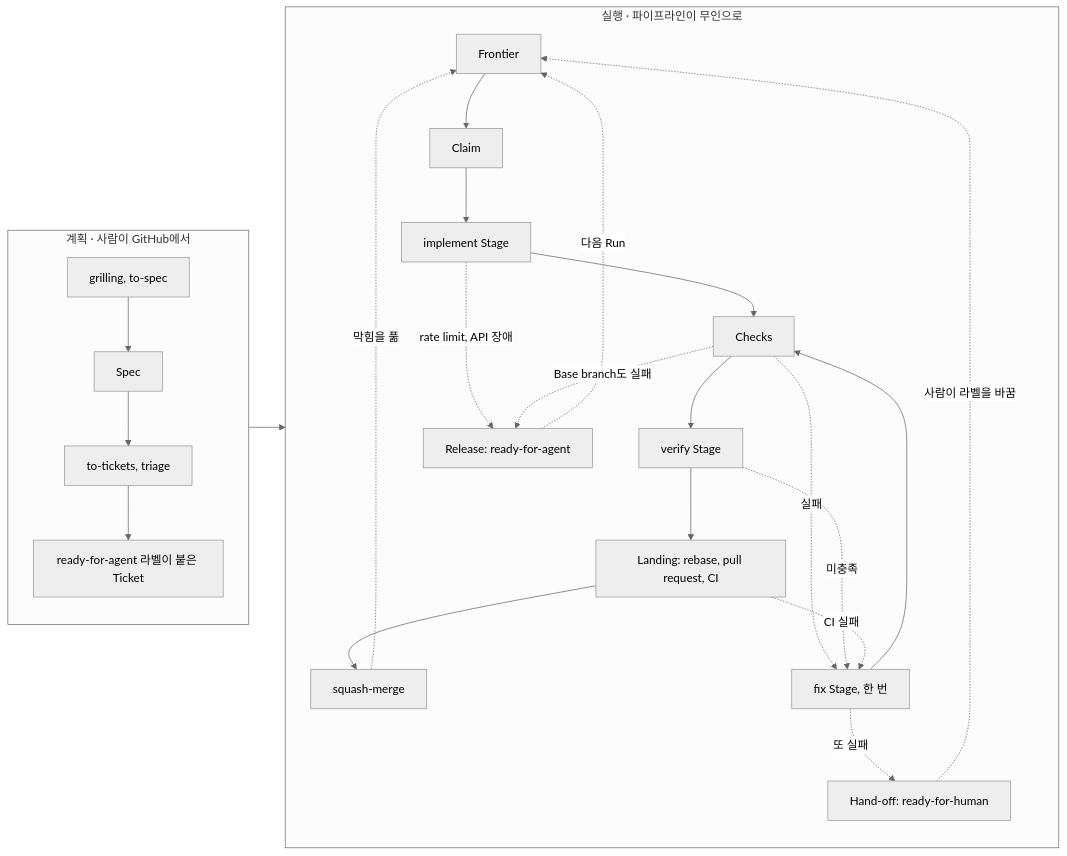
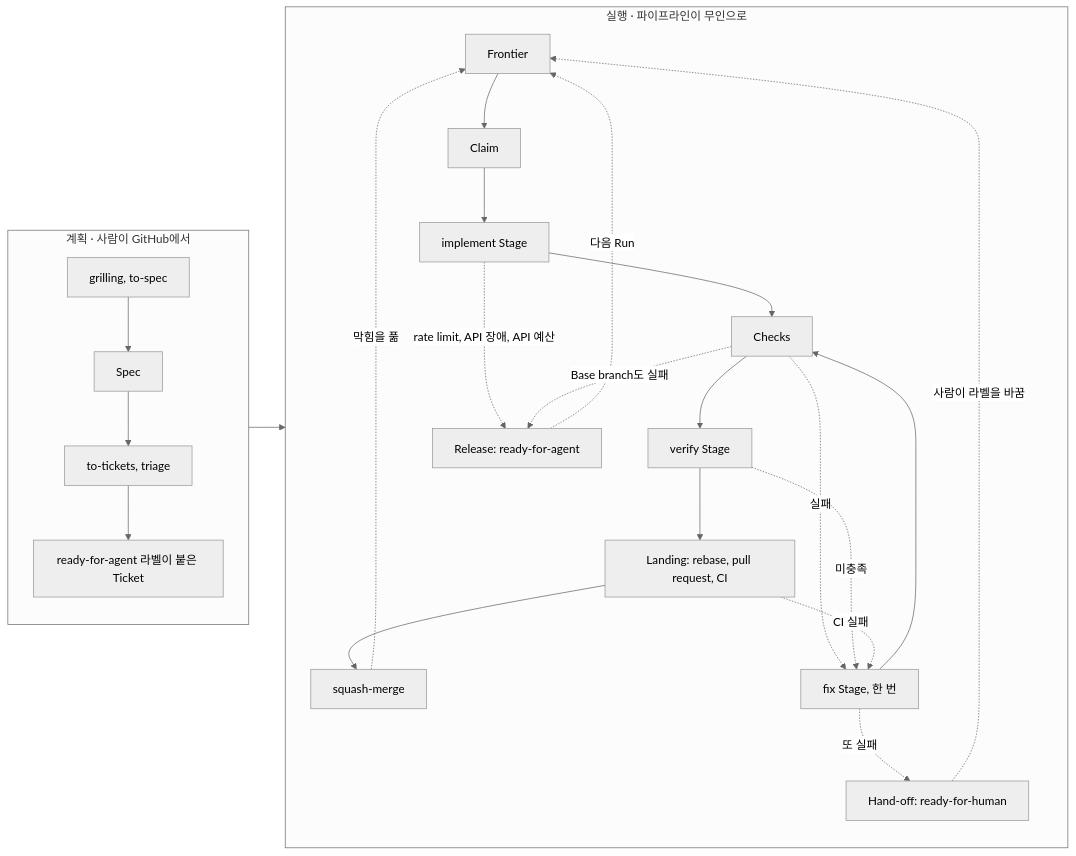
One commit to jjongs2/ticket-runner changed the diagram in wiki/ko/index.md. Above: the diagram before and after it, drawn with Mermaid (neutral theme). The commit also changed other lines of this file and 37 other files, not shown here.

````diff
--- a/wiki/ko/index.md
+++ b/wiki/ko/index.md
@@ -50,29 +50,29 @@
 ```mermaid
 flowchart LR
   subgraph Planning["계획 · 사람이 GitHub에서"]
     direction TB
     G["grilling, to-spec"] --> S[Spec]
     S --> T["to-tickets, triage"]
     T --> R["ready-for-agent 라벨이 붙은 Ticket"]
   end
   subgraph Execution["실행 · 파이프라인이 무인으로"]
     direction TB
     F[Frontier] --> C[Claim]
     C --> I[implement Stage]
     I --> K[Checks]
     K --> V[verify Stage]
     V --> L["Landing: rebase, pull request, CI"]
     L --> M[squash-merge]
     K -. 실패 .-> X["fix Stage, 한 번"]
     V -. 미충족 .-> X
     L -. CI 실패 .-> X
     X --> K
     X -. 또 실패 .-> H["Hand-off: ready-for-human"]
-    I -. rate limit, API 장애 .-> RL["Release: ready-for-agent"]
+    I -. rate limit, API 장애, API 예산 .-> RL["Release: ready-for-agent"]
     K -. Base branch도 실패 .-> RL
   end
   R --> F
   M -. 막힘을 풂 .-> F
   H -. 사람이 라벨을 바꿈 .-> F
   RL -. 다음 Run .-> F
 ```
````
